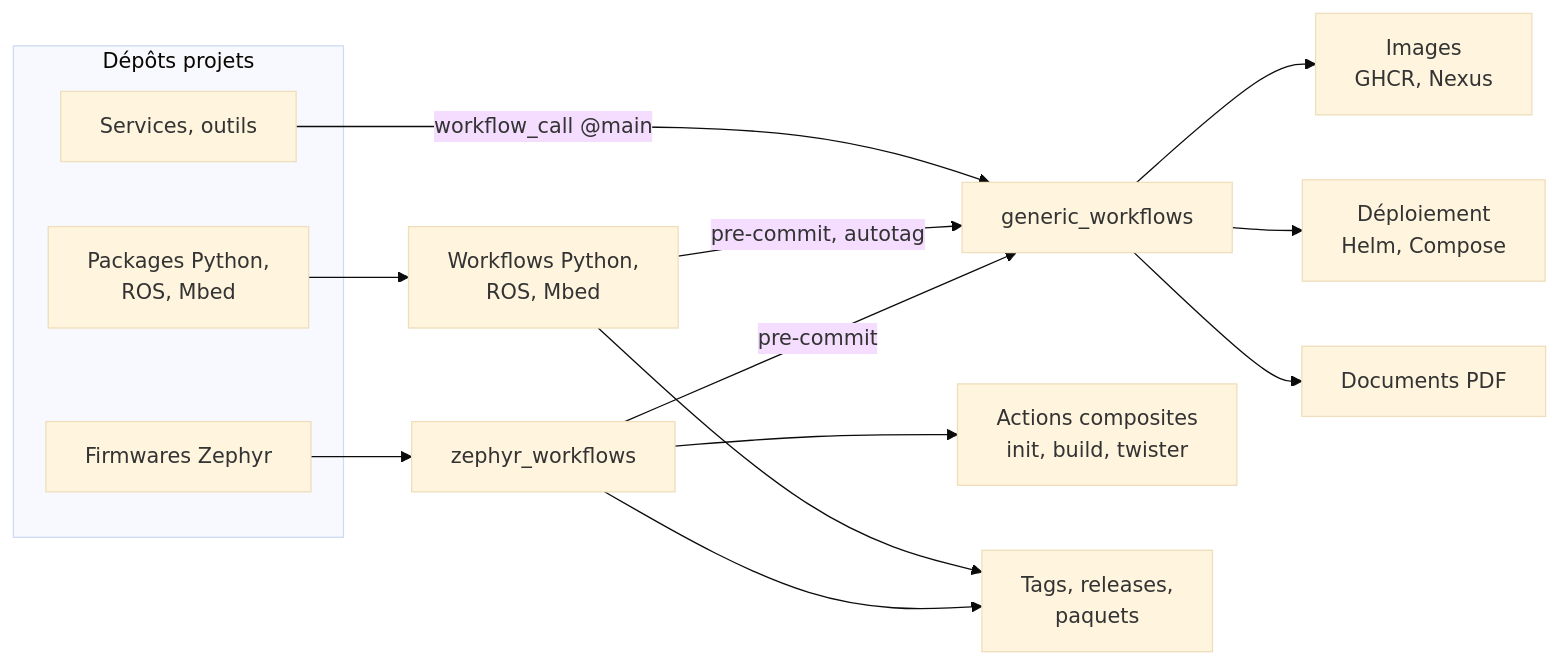
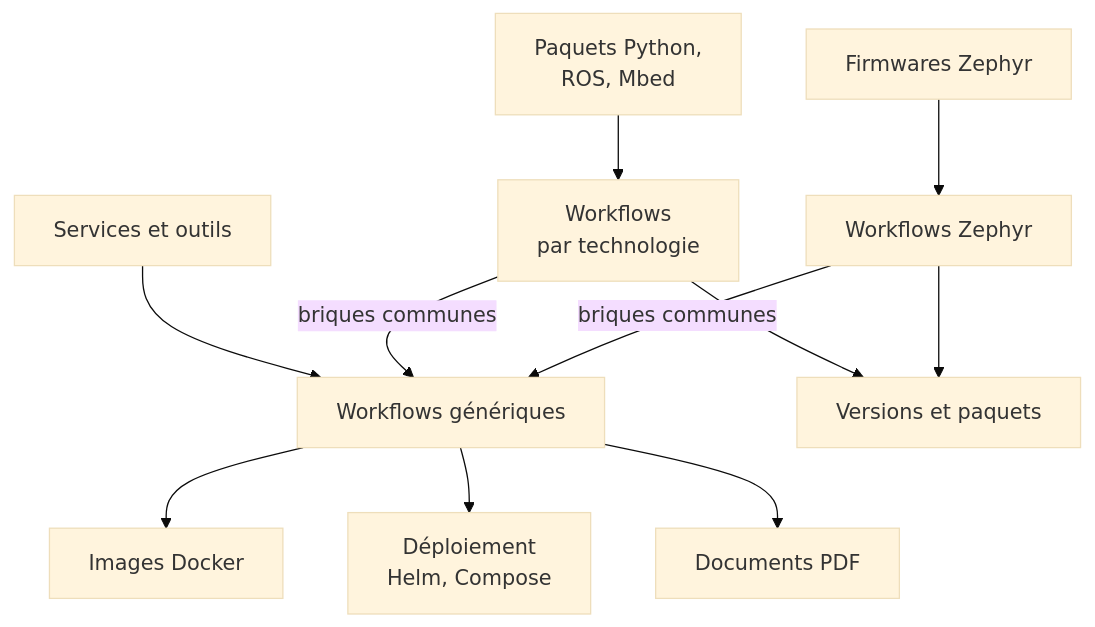
The diagram in docs/projects/professionnel/cicd.md (sedelpeuch/sedelpeuch.github.io), drawn with Mermaid (base theme) before and after one commit. The commit also changed other lines of this file and 12 other files, not shown here.

````diff
--- a/docs/projects/professionnel/cicd.md
+++ b/docs/projects/professionnel/cicd.md
@@ -27,19 +25,13 @@
 ```mermaid
-flowchart LR
-    subgraph appelants["Dépôts projets"]
-        svc["Services, outils"]
-        lib["Packages Python,<br/>ROS, Mbed"]
-        fw["Firmwares Zephyr"]
-    end
-    svc -->|workflow_call @main| generic["generic_workflows"]
-    lib --> famille["Workflows Python,<br/>ROS, Mbed"]
-    fw --> zephyr["zephyr_workflows"]
-    famille -->|pre-commit, autotag| generic
-    zephyr -->|pre-commit| generic
-    zephyr --> actions["Actions composites<br/>init, build, twister"]
-    generic --> images["Images<br/>GHCR, Nexus"]
-    generic --> deploy["Déploiement<br/>Helm, Compose"]
-    generic --> pdf["Documents PDF"]
-    famille --> releases["Tags, releases,<br/>paquets"]
-    zephyr --> releases
+flowchart TD
+  svc["Services et outils"] --> generic["Workflows génériques"]
+  lib["Paquets Python,<br/>ROS, Mbed"] --> famille["Workflows<br/>par technologie"]
+  fw["Firmwares Zephyr"] --> zephyr["Workflows Zephyr"]
+  famille -->|"briques communes"| generic
+  zephyr -->|"briques communes"| generic
+  generic --> images["Images Docker"]
+  generic --> deploy["Déploiement<br/>Helm, Compose"]
+  generic --> pdf["Documents PDF"]
+  famille --> rel["Versions et paquets"]
+  zephyr --> rel
 ```
````
